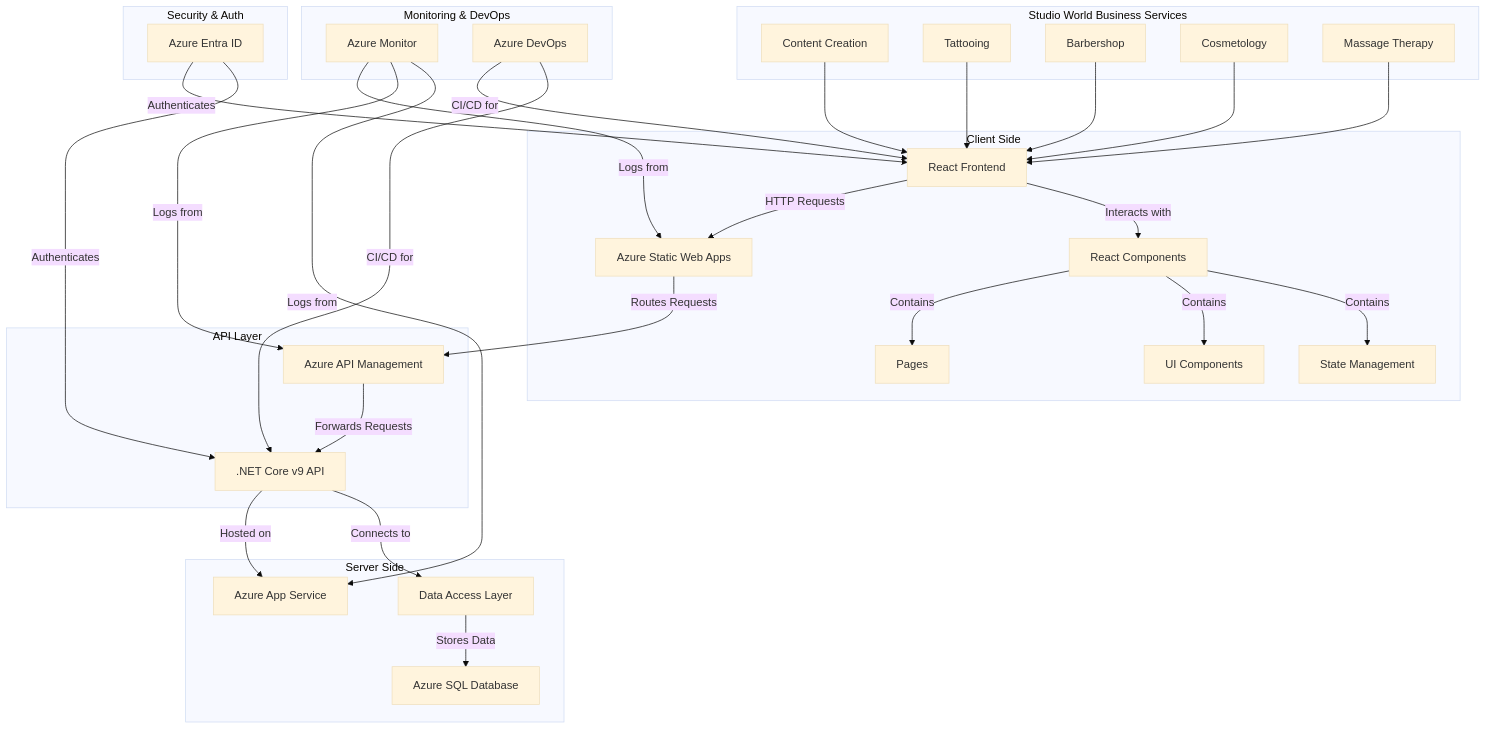
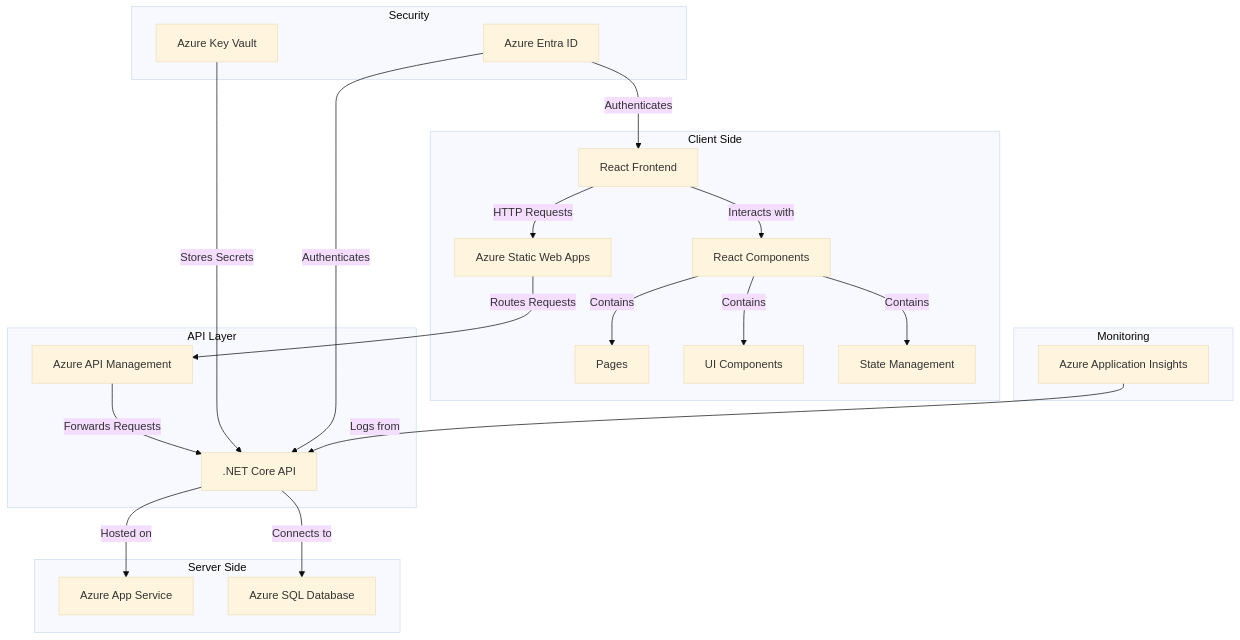
Before and after one commit to JasonPavlas/StudioWorld: the diagram in README.md, drawn with Mermaid (base theme). The commit also changed other lines of this file and 1 other file, not shown here.

````diff
--- a/README.md
+++ b/README.md
@@ -19,42 +8,30 @@
 ```mermaid
 flowchart TD
     subgraph "Client Side"
         A[React Frontend] --> |HTTP Requests| B[Azure Static Web Apps]
         A --> |Interacts with| C[React Components]
         C --> |Contains| D[Pages]
         C --> |Contains| E[UI Components]
         C --> |Contains| F[State Management]
     end
-    
+
     subgraph "API Layer"
         B --> |Routes Requests| G[Azure API Management]
-        G --> |Forwards Requests| H[.NET Core v9 API]
+        G --> |Forwards Requests| H[.NET Core API]
     end
-    
+
     subgraph "Server Side"
         H --> |Hosted on| I[Azure App Service]
-        H --> |Connects to| J[Data Access Layer]
-        J --> |Stores Data| K[Azure SQL Database]
+        H --> |Connects to| J[Azure SQL Database]
     end
-    
-    subgraph "Security & Auth"
-        L[Azure Entra ID] --> |Authenticates| A
-        L --> |Authenticates| H
+
+    subgraph "Security"
+        L[Azure Key Vault] --> |Stores Secrets| H
+        M[Azure Entra ID] --> |Authenticates| A
+        M --> |Authenticates| H
     end
-    
-    subgraph "Monitoring & DevOps"
-        M[Azure Monitor] --> |Logs from| B
-        M --> |Logs from| G
-        M --> |Logs from| I
-        N[Azure DevOps] --> |CI/CD for| A
-        N --> |CI/CD for| H
-    end
-    
-    subgraph "Studio World Business Services"
-        O[Content Creation] --> A
-        P[Tattooing] --> A
-        Q[Barbershop] --> A
-        R[Cosmetology] --> A
-        S[Massage Therapy] --> A
+
+    subgraph "Monitoring"
+        N[Azure Application Insights] --> |Logs from| H
     end
 ```
````
